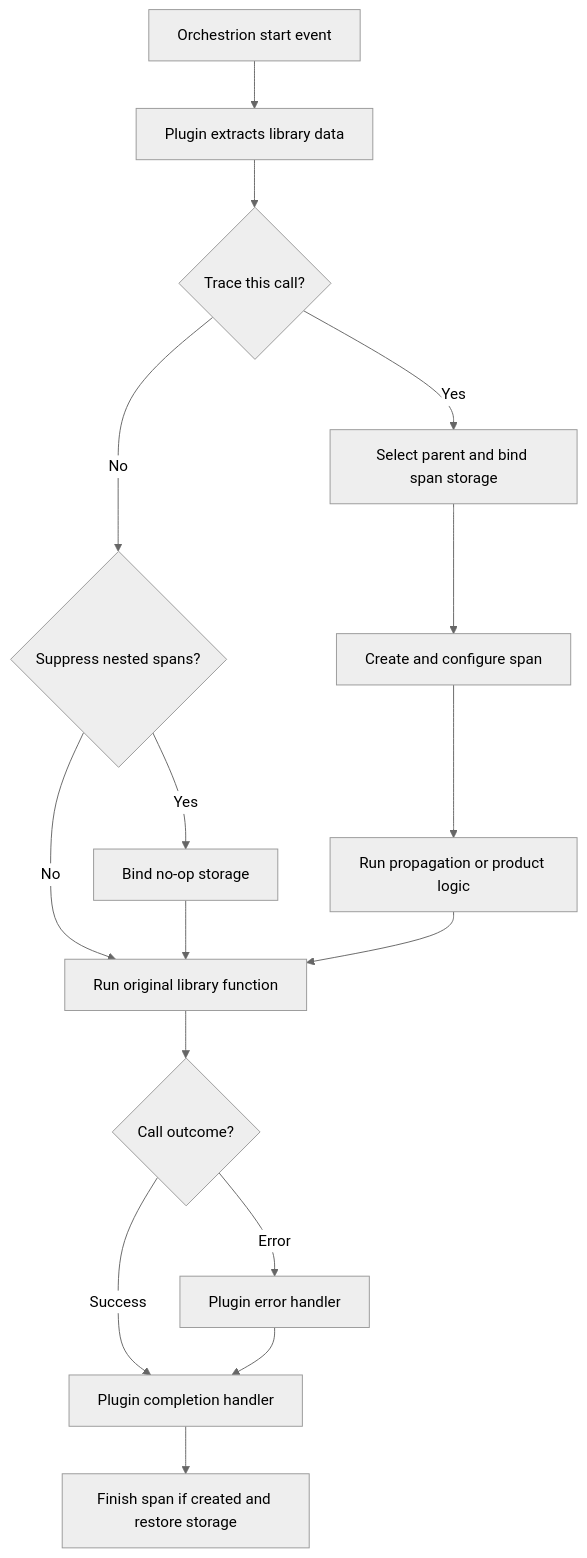
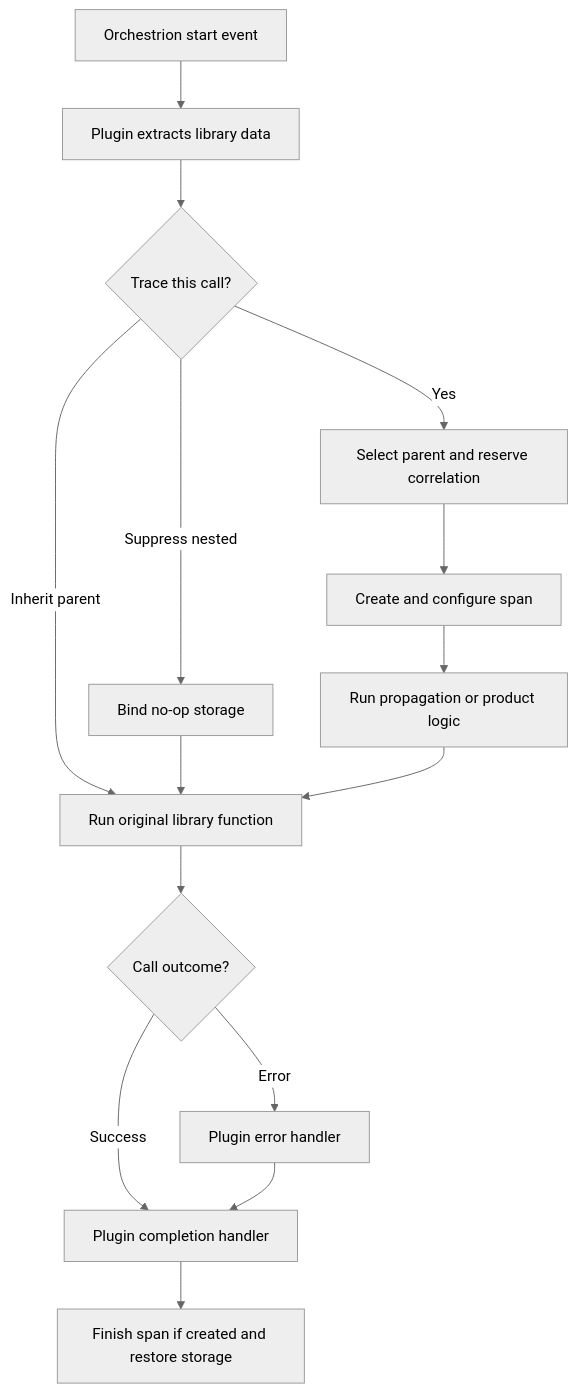
Before and after one commit to DataDog/dd-trace-js: the first of 3 diagrams in docs/INTEGRATION_PIPELINE_OVERVIEW.md, drawn with Mermaid (neutral theme). The commit also changed other lines of this file and 12 other files, not shown here.

````diff
--- a/docs/INTEGRATION_PIPELINE_OVERVIEW.md
+++ b/docs/INTEGRATION_PIPELINE_OVERVIEW.md
@@ -16,18 +16,17 @@
 ```mermaid
 flowchart TD
     A["Orchestrion start event"] --> B["Plugin extracts library data"]
     B --> C{"Trace this call?"}
-    C -- "No" --> D{"Suppress nested spans?"}
-    D -- "No" --> I["Run original library function"]
-    D -- "Yes" --> E["Bind no-op storage"]
+    C -- "Inherit parent" --> I["Run original library function"]
+    C -- "Suppress nested" --> E["Bind no-op storage"]
     E --> I
-    C -- "Yes" --> F["Select parent and bind span storage"]
+    C -- "Yes" --> F["Select parent and reserve correlation"]
     F --> G["Create and configure span"]
     G --> H["Run propagation or product logic"]
     H --> I
     I --> J{"Call outcome?"}
     J -- "Success" --> K["Plugin completion handler"]
     J -- "Error" --> L["Plugin error handler"]
     L --> K
     K --> M["Finish span if created and restore storage"]
 ```
````
